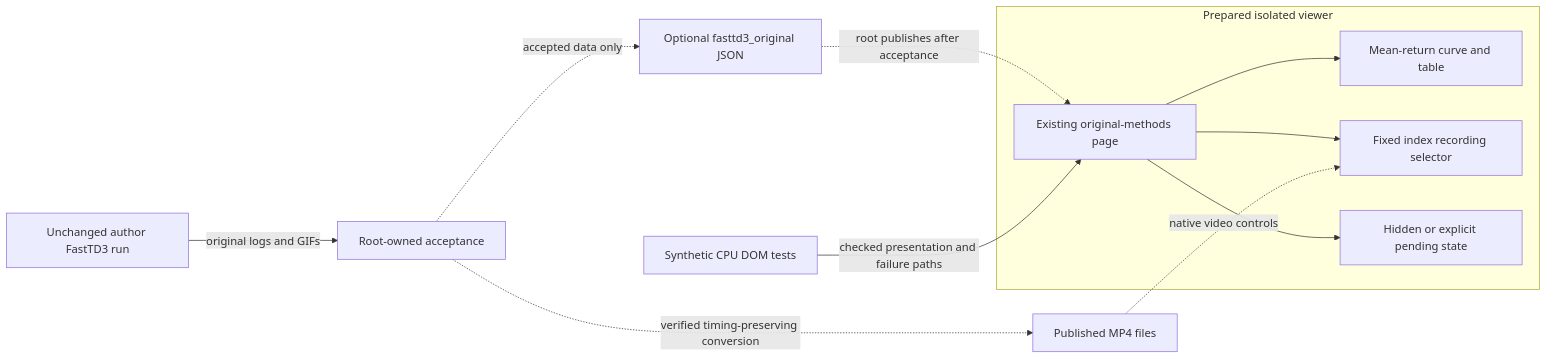
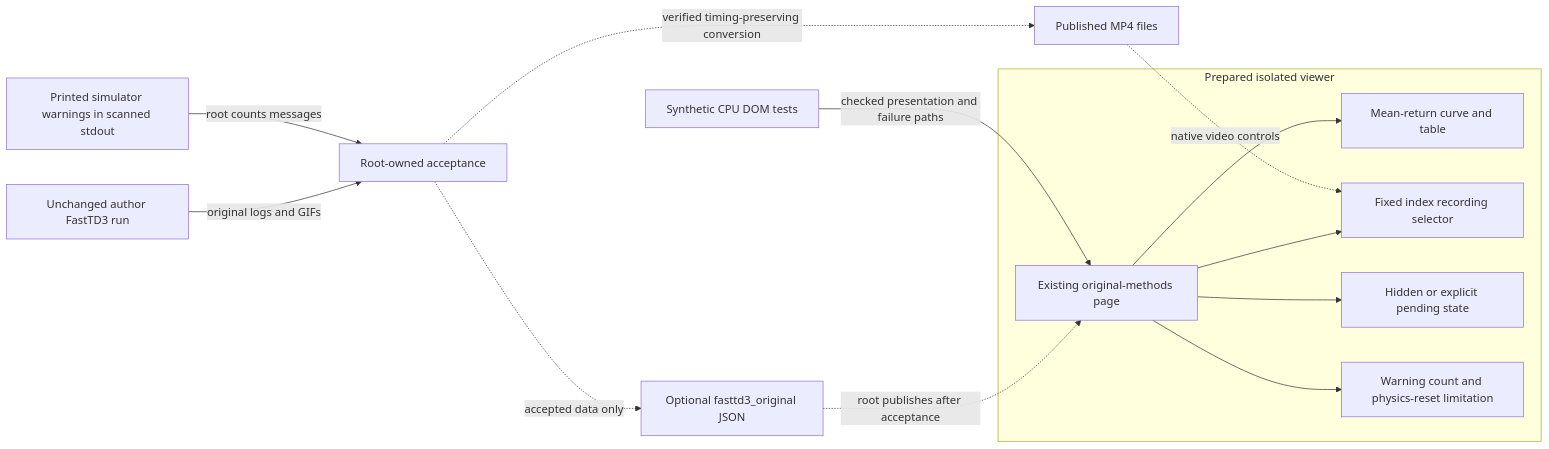
The diagram in docs/bench/FASTTD3_ORIGINAL_VIEWER_20261014.mmd (aditya9729/abc), drawn with Mermaid before and after one commit. The commit also changed 3 other files, not shown here.

Commit message:
Show required logged simulator warning count in original FastTD3 viewer

```diff
--- a/docs/bench/FASTTD3_ORIGINAL_VIEWER_20261014.mmd
+++ b/docs/bench/FASTTD3_ORIGINAL_VIEWER_20261014.mmd
@@ -1,16 +1,19 @@
 flowchart LR
     A[Unchanged author FastTD3 run] -->|original logs and GIFs| R[Root-owned acceptance]
     R -. accepted data only .-> J[Optional fasttd3_original JSON]
+    W[Printed simulator warnings in scanned stdout] -->|root counts messages| R
     R -. verified timing-preserving conversion .-> M[Published MP4 files]
     subgraph Candidate[Prepared isolated viewer]
       V[Existing original-methods page]
       C[Mean-return curve and table]
       S[Fixed index recording selector]
       P[Hidden or explicit pending state]
+      Q[Warning count and physics-reset limitation]
       V --> C
       V --> S
       V --> P
+      V --> Q
     end
     J -. root publishes after acceptance .-> V
     M -. native video controls .-> S
     T[Synthetic CPU DOM tests] -->|checked presentation and failure paths| V
```
